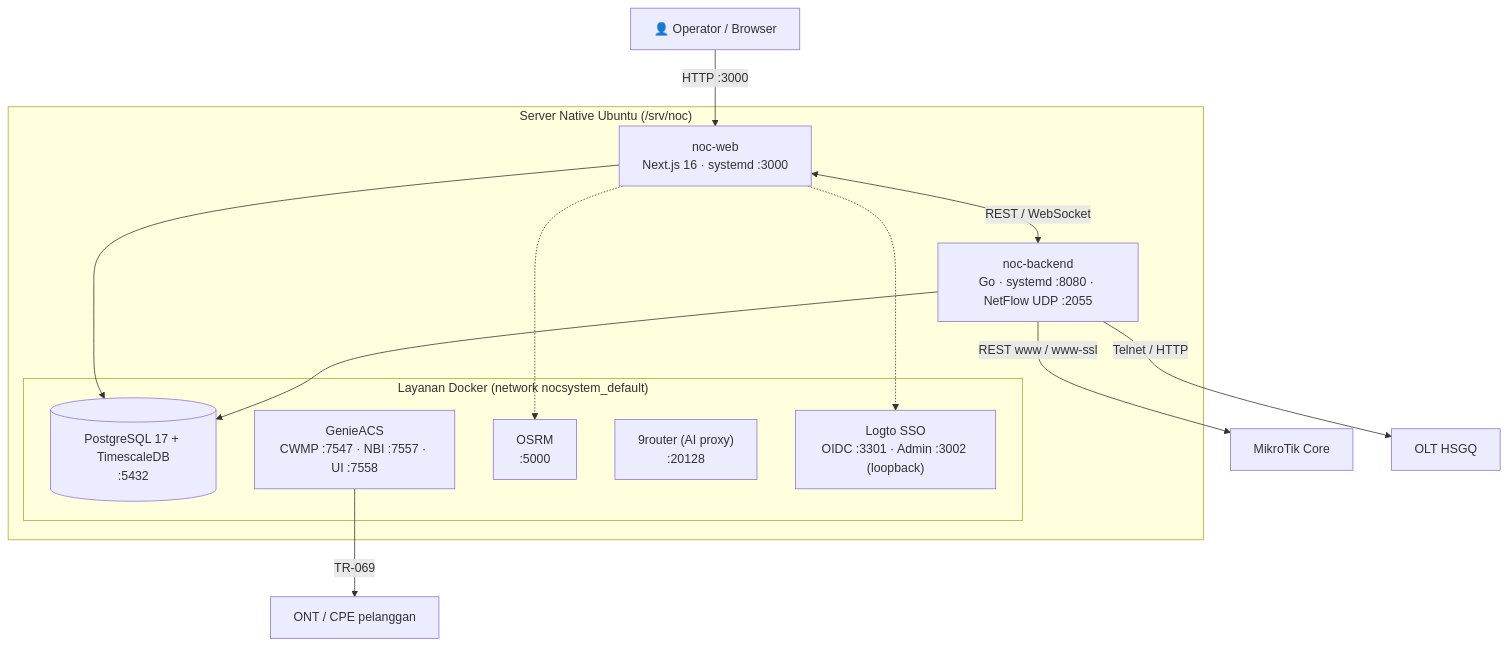
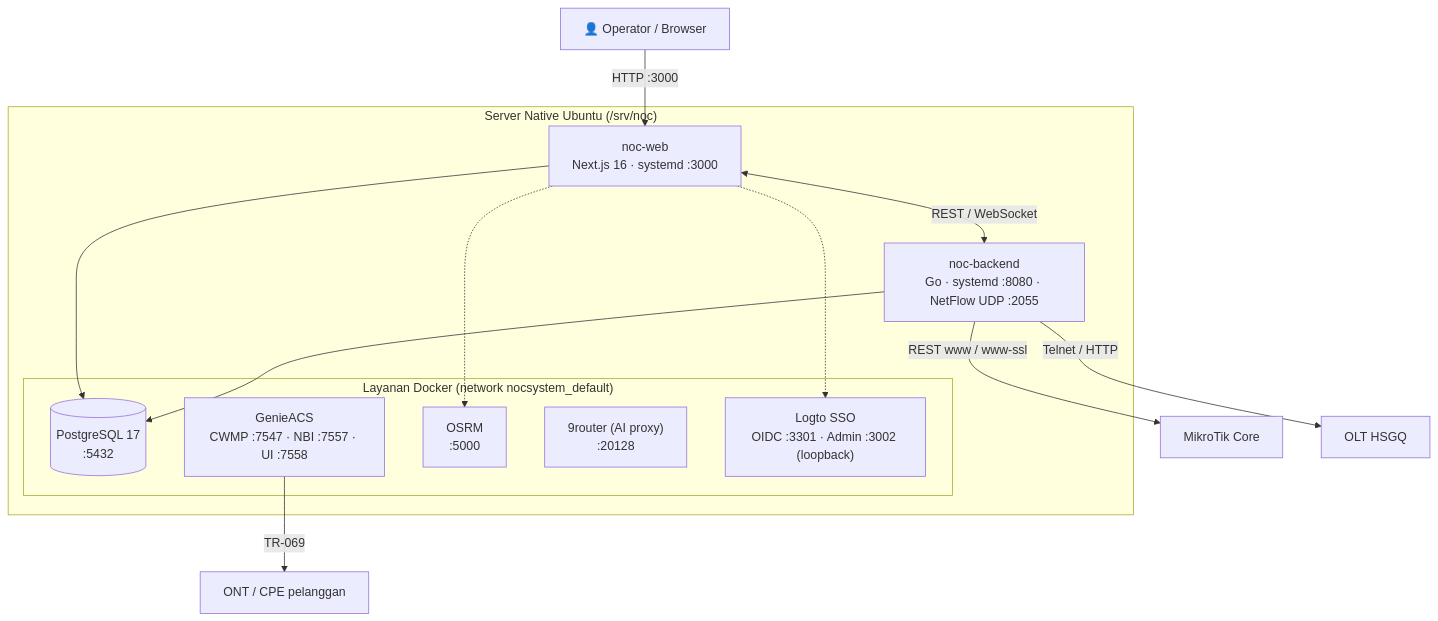
The diagram in README.md (netsynergyinovate-cmyk/noc-system), drawn with Mermaid before and after one commit. The commit also changed other lines of this file and 2 other files, not shown here.

Commit message:
docs(readme): hapus klaim TimescaleDB, ganti screenshot ber-data pelanggan, tambah instal klien

````diff
--- a/README.md
+++ b/README.md
@@ -71,25 +71,25 @@
 ```mermaid
 flowchart TB
     Op["👤 Operator / Browser"] -->|HTTP :3000| Web
 
     subgraph Server["Server Native Ubuntu (/srv/noc)"]
         Web["noc-web<br/>Next.js 16 · systemd :3000"]
         Be["noc-backend<br/>Go · systemd :8080 · NetFlow UDP :2055"]
         subgraph Docker["Layanan Docker (network nocsystem_default)"]
-            Pg[("PostgreSQL 17 + TimescaleDB<br/>:5432")]
+            Pg[("PostgreSQL 17<br/>:5432")]
             Genie["GenieACS<br/>CWMP :7547 · NBI :7557 · UI :7558"]
             Osrm["OSRM<br/>:5000"]
             Nine["9router (AI proxy)<br/>:20128"]
             Logto["Logto SSO<br/>OIDC :3301 · Admin :3002 (loopback)"]
         end
         Web <-->|REST / WebSocket| Be
         Web --> Pg
         Be --> Pg
         Web -.-> Osrm
         Web -.-> Logto
     end
 
     Be -->|REST www / www-ssl| Mt["MikroTik Core"]
     Be -->|Telnet / HTTP| Olt["OLT HSGQ"]
     Genie -->|TR-069| Cpe["ONT / CPE pelanggan"]
 ```
````
